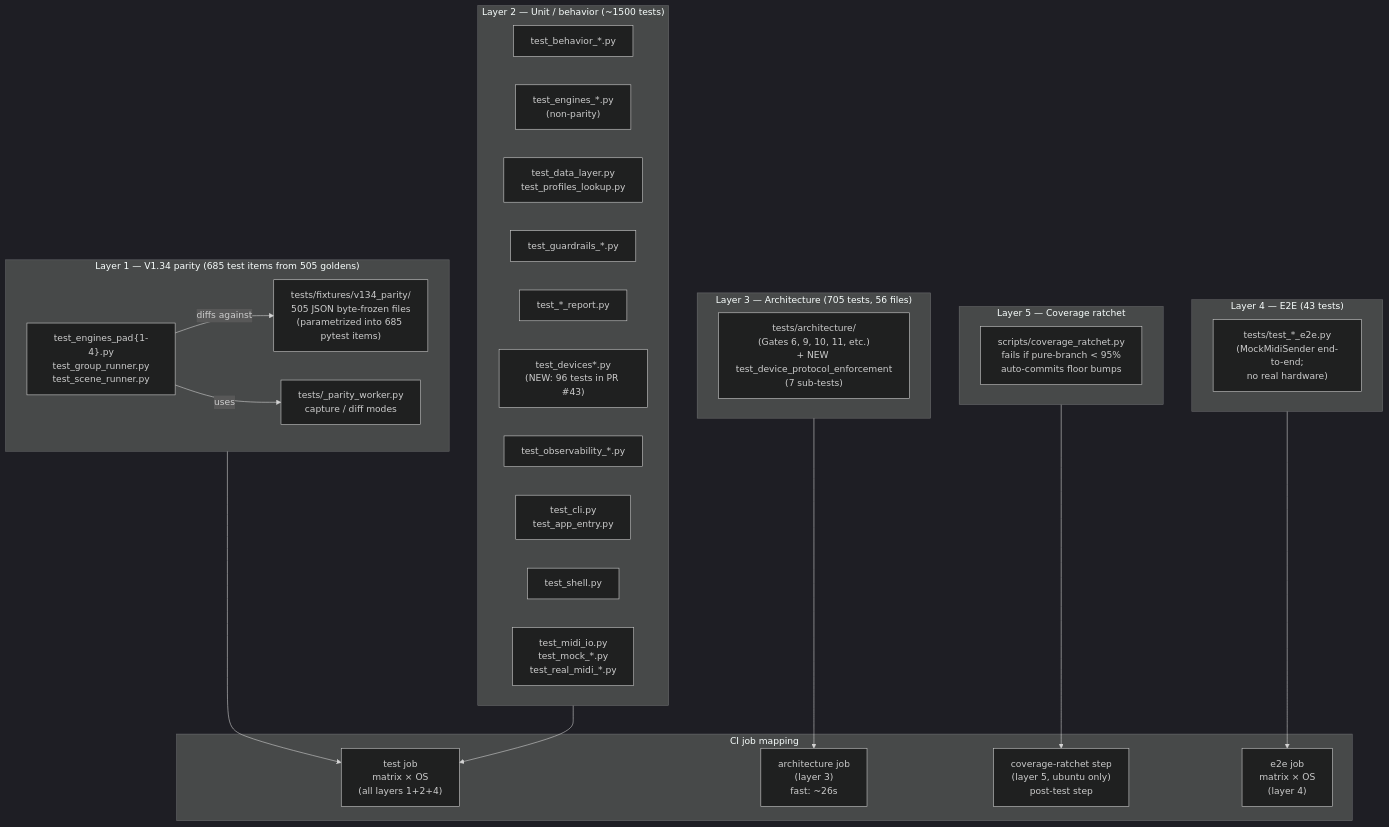
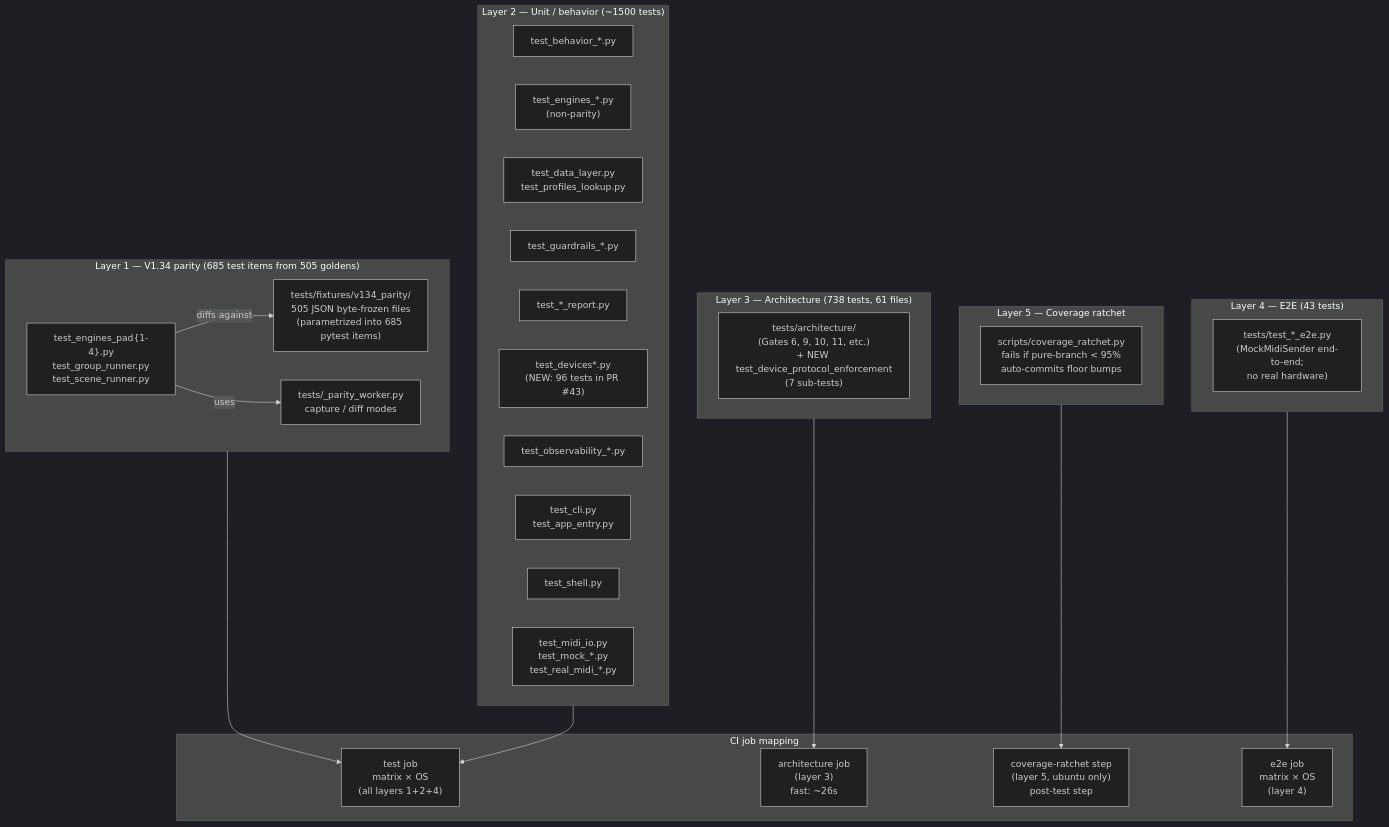
Before and after one commit to buzzijose-hub/RytmRandomizer: diagram 13 of 34 in docs/ARCHITECTURE_DIAGRAMS.md, drawn with Mermaid (dark theme). The commit also changed other lines of this file and 29 other files, not shown here.

````diff
--- a/docs/ARCHITECTURE_DIAGRAMS.md
+++ b/docs/ARCHITECTURE_DIAGRAMS.md
@@ -981,49 +981,49 @@
 ```mermaid
 flowchart TB
     subgraph Layer1["Layer 1 — V1.34 parity (685 test items from 505 goldens)"]
         Goldens["tests/fixtures/v134_parity/<br/>505 JSON byte-frozen files<br/>(parametrized into 685 pytest items)"]
         ParityTests["test_engines_pad{1-4}.py<br/>test_group_runner.py<br/>test_scene_runner.py"]
         ParityWorker["tests/_parity_worker.py<br/>capture / diff modes"]
     end
 
     subgraph Layer2["Layer 2 — Unit / behavior (~1500 tests)"]
         BehaviorTests["test_behavior_*.py"]
         EngineUnits["test_engines_*.py<br/>(non-parity)"]
         DataTests["test_data_layer.py<br/>test_profiles_lookup.py"]
         GuardrailsTests["test_guardrails_*.py"]
         ReportsTests["test_*_report.py"]
         DeviceTests["test_devices*.py<br/>(NEW: 96 tests in PR #43)"]
         ObservabilityTests["test_observability_*.py"]
         CliTests["test_cli.py<br/>test_app_entry.py"]
         ShellTests["test_shell.py"]
         MidiTests["test_midi_io.py<br/>test_mock_*.py<br/>test_real_midi_*.py"]
     end
 
-    subgraph Layer3["Layer 3 — Architecture (705 tests, 56 files)"]
+    subgraph Layer3["Layer 3 — Architecture (738 tests, 61 files)"]
         ArchTests["tests/architecture/<br/>(Gates 6, 9, 10, 11, etc.)<br/>+ NEW test_device_protocol_enforcement<br/>(7 sub-tests)"]
     end
 
     subgraph Layer4["Layer 4 — E2E (43 tests)"]
         E2ETests["tests/test_*_e2e.py<br/>(MockMidiSender end-to-end;<br/>no real hardware)"]
     end
 
     subgraph Layer5["Layer 5 — Coverage ratchet"]
         CovScript["scripts/coverage_ratchet.py<br/>fails if pure-branch < 95%<br/>auto-commits floor bumps"]
     end
 
     subgraph CIJobs["CI job mapping"]
         TestJob["test job<br/>matrix × OS<br/>(all layers 1+2+4)"]
         ArchJob["architecture job<br/>(layer 3)<br/>fast: ~26s"]
         CovJob["coverage-ratchet step<br/>(layer 5, ubuntu only)<br/>post-test step"]
         E2EJob["e2e job<br/>matrix × OS<br/>(layer 4)"]
     end
 
     Layer1 --> TestJob
     Layer2 --> TestJob
     Layer3 --> ArchJob
     Layer4 --> E2EJob
     Layer5 --> CovJob
 
     ParityTests -->|"diffs against"| Goldens
     ParityTests -->|"uses"| ParityWorker
 ```
````
